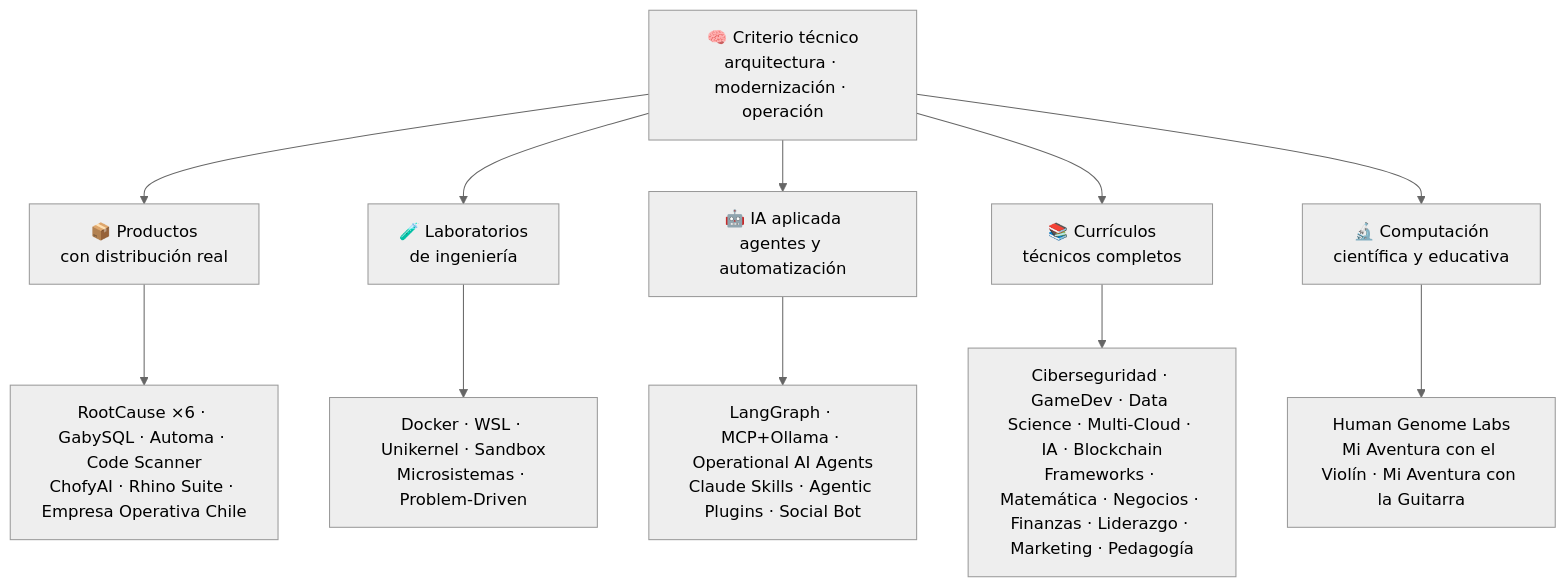
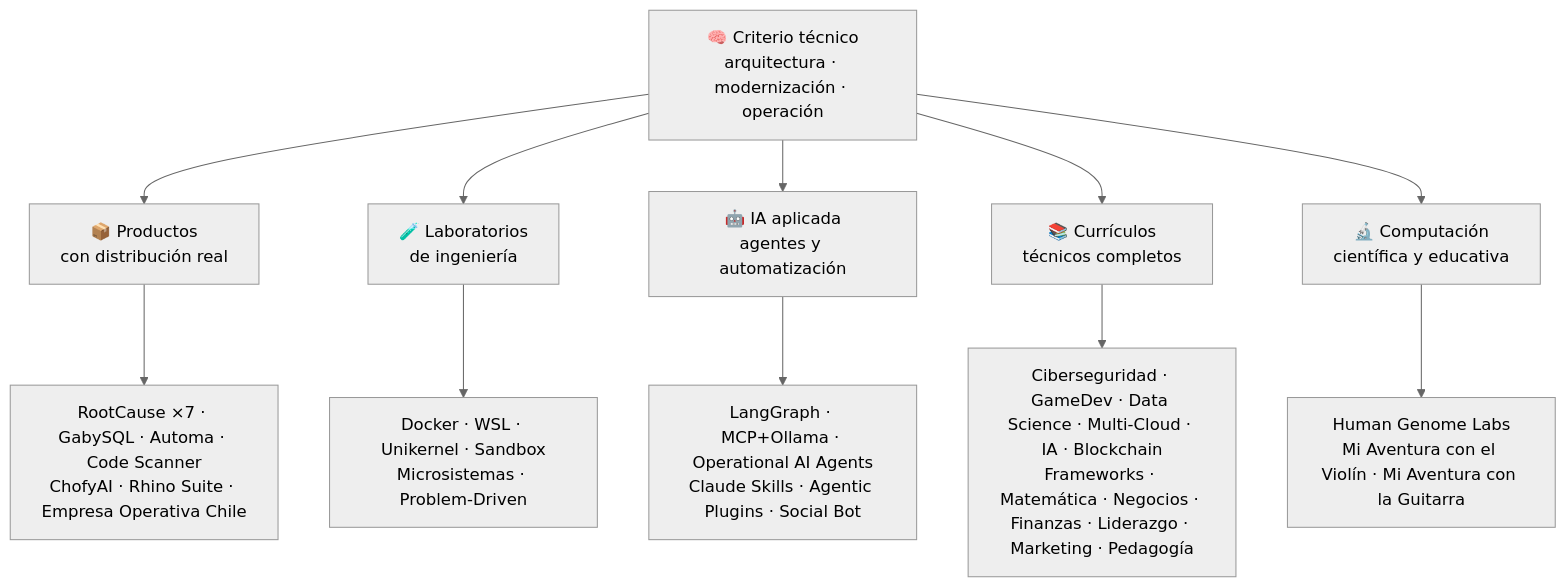
Before and after one commit to vladimiracunadev-create/vladimiracunadev-create: the diagram in README.md, drawn with Mermaid (neutral theme). The commit also changed other lines of this file, not shown here.

````diff
--- a/README.md
+++ b/README.md
@@ -74,14 +74,14 @@
 ```mermaid
 flowchart TD
     A["🧠 Criterio técnico<br/>arquitectura · modernización · operación"] --> B["📦 Productos<br/>con distribución real"]
     A --> C["🧪 Laboratorios<br/>de ingeniería"]
     A --> D["🤖 IA aplicada<br/>agentes y automatización"]
     A --> E["📚 Currículos<br/>técnicos completos"]
     A --> F["🔬 Computación<br/>científica y educativa"]
 
-    B --> B1["RootCause ×6 · GabySQL · Automa · Code Scanner<br/>ChofyAI · Rhino Suite · Empresa Operativa Chile"]
+    B --> B1["RootCause ×7 · GabySQL · Automa · Code Scanner<br/>ChofyAI · Rhino Suite · Empresa Operativa Chile"]
     C --> C1["Docker · WSL · Unikernel · Sandbox<br/>Microsistemas · Problem-Driven"]
     D --> D1["LangGraph · MCP+Ollama · Operational AI Agents<br/>Claude Skills · Agentic Plugins · Social Bot"]
     E --> E1["Ciberseguridad · GameDev · Data Science · Multi-Cloud · IA · Blockchain<br/>Frameworks · Matemática · Negocios · Finanzas · Liderazgo · Marketing · Pedagogía"]
     F --> F1["Human Genome Labs<br/>Mi Aventura con el Violín · Mi Aventura con la Guitarra"]
 ```
````
